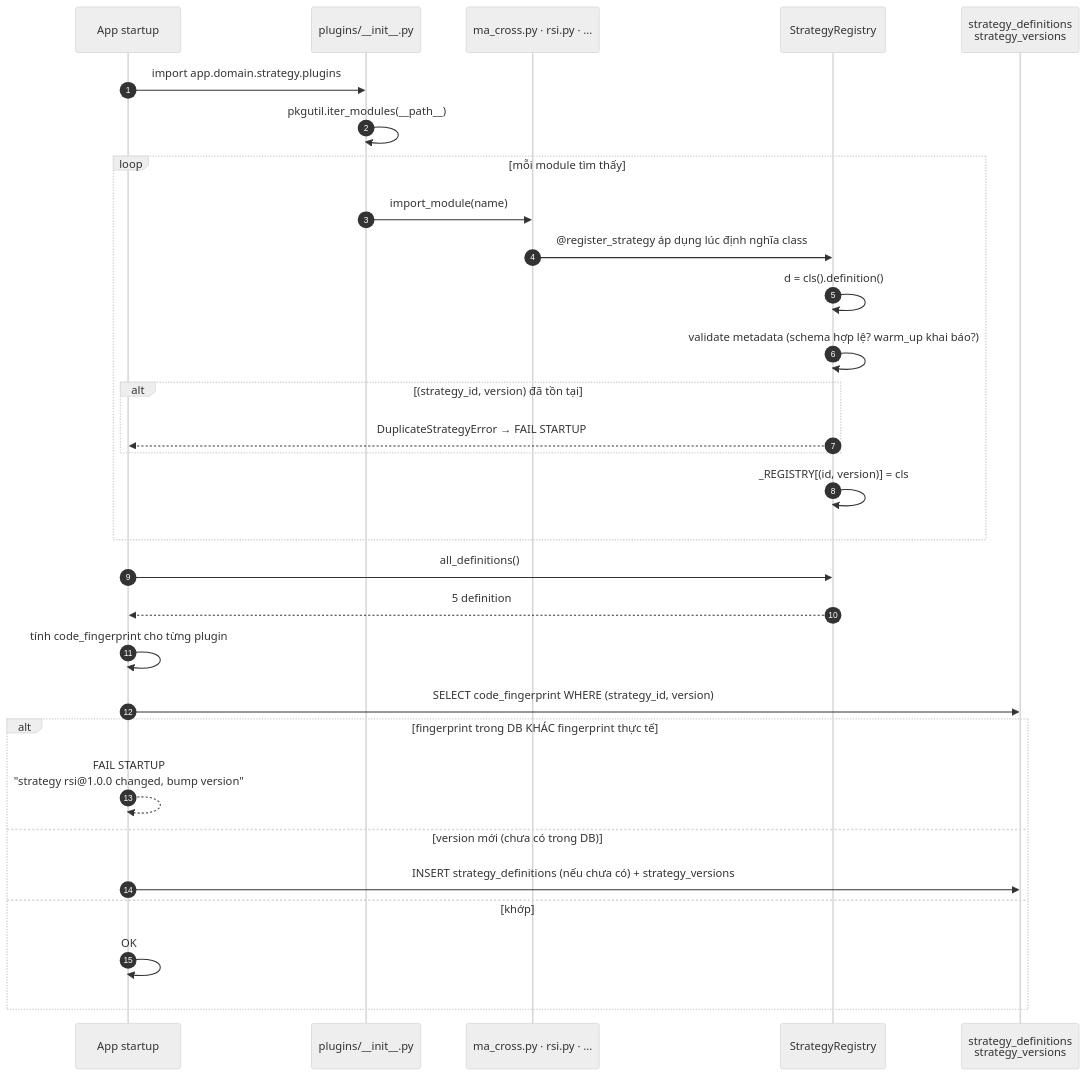
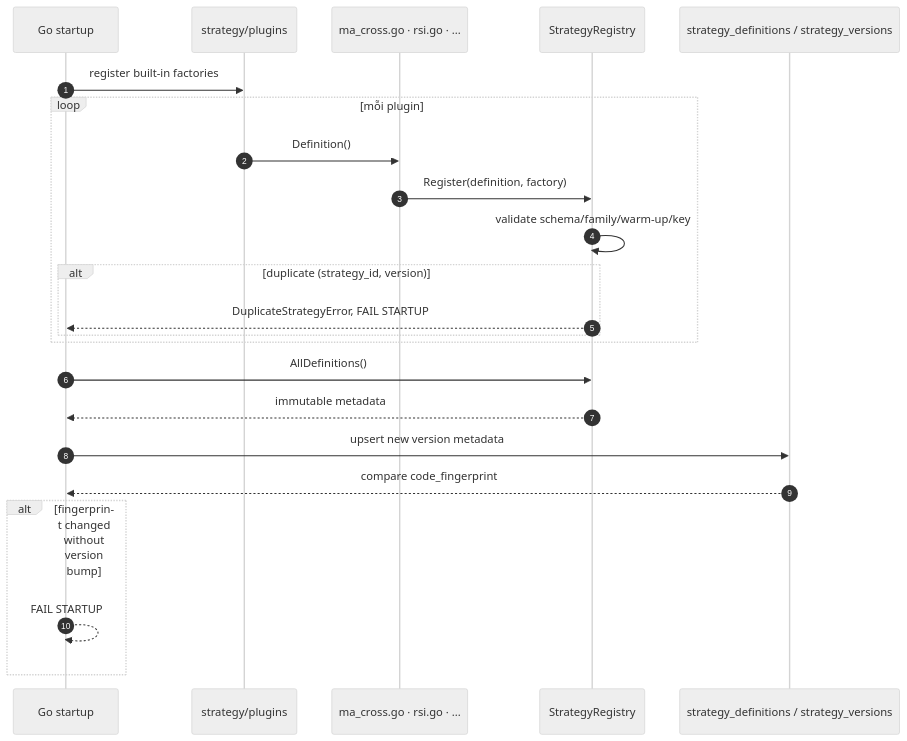
One commit to EnsoTech-Studio/CryptoBot changed the first of 2 diagrams in blueprint/specs/strategy-registry.md. Above: the diagram before and after it, drawn with Mermaid (neutral theme). The commit also changed other lines of this file and 69 other files, not shown here.

First line of the commit message:
docs(blueprint): reconcile Go architecture

````diff
--- a/blueprint/specs/strategy-registry.md
+++ b/blueprint/specs/strategy-registry.md
@@ -90,34 +93,26 @@
 ```mermaid
 sequenceDiagram
     autonumber
-    participant BOOT as App startup
-    participant PKG as plugins/__init__.py
-    participant MOD as ma_cross.py · rsi.py · ...
+    participant BOOT as Go startup
+    participant PKG as strategy/plugins
+    participant MOD as ma_cross.go · rsi.go · ...
     participant REG as StrategyRegistry
-    participant DB as strategy_definitions<br/>strategy_versions
+    participant DB as strategy_definitions / strategy_versions
 
-    BOOT->>PKG: import app.domain.strategy.plugins
-    PKG->>PKG: pkgutil.iter_modules(__path__)
-    loop mỗi module tìm thấy
-        PKG->>MOD: import_module(name)
-        MOD->>REG: @register_strategy áp dụng lúc định nghĩa class
-        REG->>REG: d = cls().definition()
-        REG->>REG: validate metadata (schema hợp lệ? warm_up khai báo?)
-        alt (strategy_id, version) đã tồn tại
-            REG-->>BOOT: DuplicateStrategyError → FAIL STARTUP
+    BOOT->>PKG: register built-in factories
+    loop mỗi plugin
+        PKG->>MOD: Definition()
+        MOD->>REG: Register(definition, factory)
+        REG->>REG: validate schema/family/warm-up/key
+        alt duplicate (strategy_id, version)
+            REG-->>BOOT: DuplicateStrategyError, FAIL STARTUP
         end
-        REG->>REG: _REGISTRY[(id, version)] = cls
     end
-
-    BOOT->>REG: all_definitions()
-    REG-->>BOOT: 5 definition
-    BOOT->>BOOT: tính code_fingerprint cho từng plugin
-    BOOT->>DB: SELECT code_fingerprint WHERE (strategy_id, version)
-    alt fingerprint trong DB KHÁC fingerprint thực tế
-        BOOT-->>BOOT: FAIL STARTUP<br/>"strategy rsi@1.0.0 changed, bump version"
-    else version mới (chưa có trong DB)
-        BOOT->>DB: INSERT strategy_definitions (nếu chưa có) + strategy_versions
-    else khớp
-        BOOT->>BOOT: OK
+    BOOT->>REG: AllDefinitions()
+    REG-->>BOOT: immutable metadata
+    BOOT->>DB: upsert new version metadata
+    DB-->>BOOT: compare code_fingerprint
+    alt fingerprint changed without version bump
+        BOOT-->>BOOT: FAIL STARTUP
     end
 ```
````
